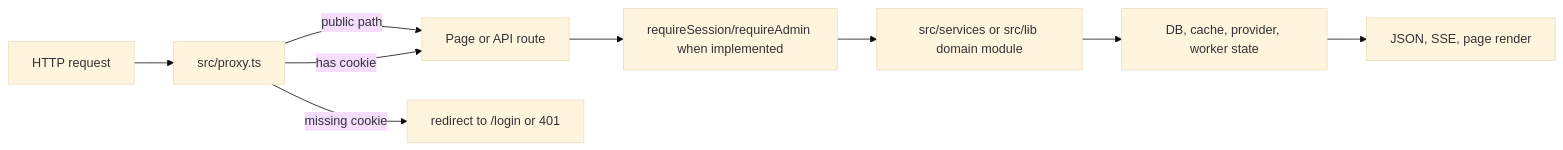
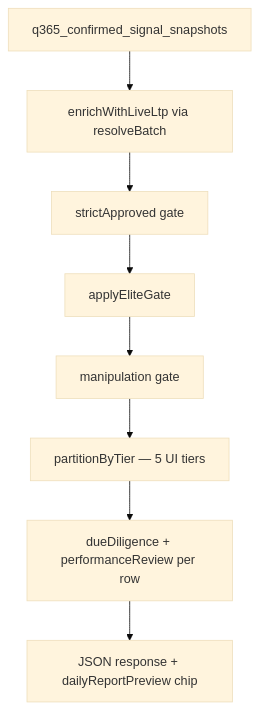
The fourth of 7 diagrams in ARCHITECTURE.md (saurabhmani/api-update), drawn with Mermaid (base theme) before and after one commit. The commit also changed other lines of this file, not shown here.

Commit message:
Architecture.md Updated

````diff
--- a/ARCHITECTURE.md
+++ b/ARCHITECTURE.md
@@ -266,11 +185,10 @@
 ```mermaid
-flowchart LR
-    Request[HTTP request] --> Proxy[src/proxy.ts]
-    Proxy -->|public path| Route[Page or API route]
-    Proxy -->|missing cookie| Deny[redirect to /login or 401]
-    Proxy -->|has cookie| Route
-    Route --> Auth[requireSession/requireAdmin when implemented]
-    Auth --> Service[src/services or src/lib domain module]
-    Service --> Data[DB, cache, provider, worker state]
-    Data --> Response[JSON, SSE, page render]
+flowchart TD
+    Snap[q365_confirmed_signal_snapshots] --> Enrich[enrichWithLiveLtp via resolveBatch]
+    Enrich --> Strict[strictApproved gate]
+    Strict --> Elite[applyEliteGate]
+    Elite --> Manip[manipulation gate]
+    Manip --> Tier[partitionByTier — 5 UI tiers]
+    Tier --> DD[dueDiligence + performanceReview per row]
+    DD --> API[JSON response + dailyReportPreview chip]
 ```
````
